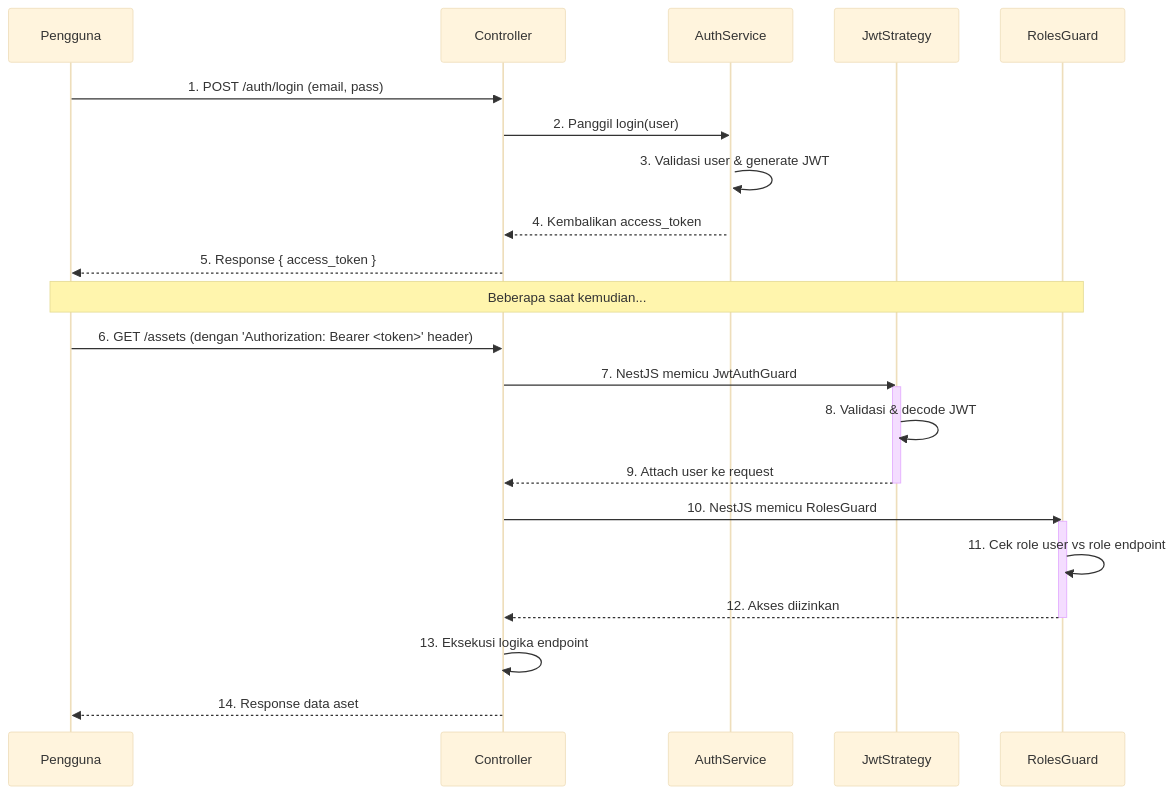
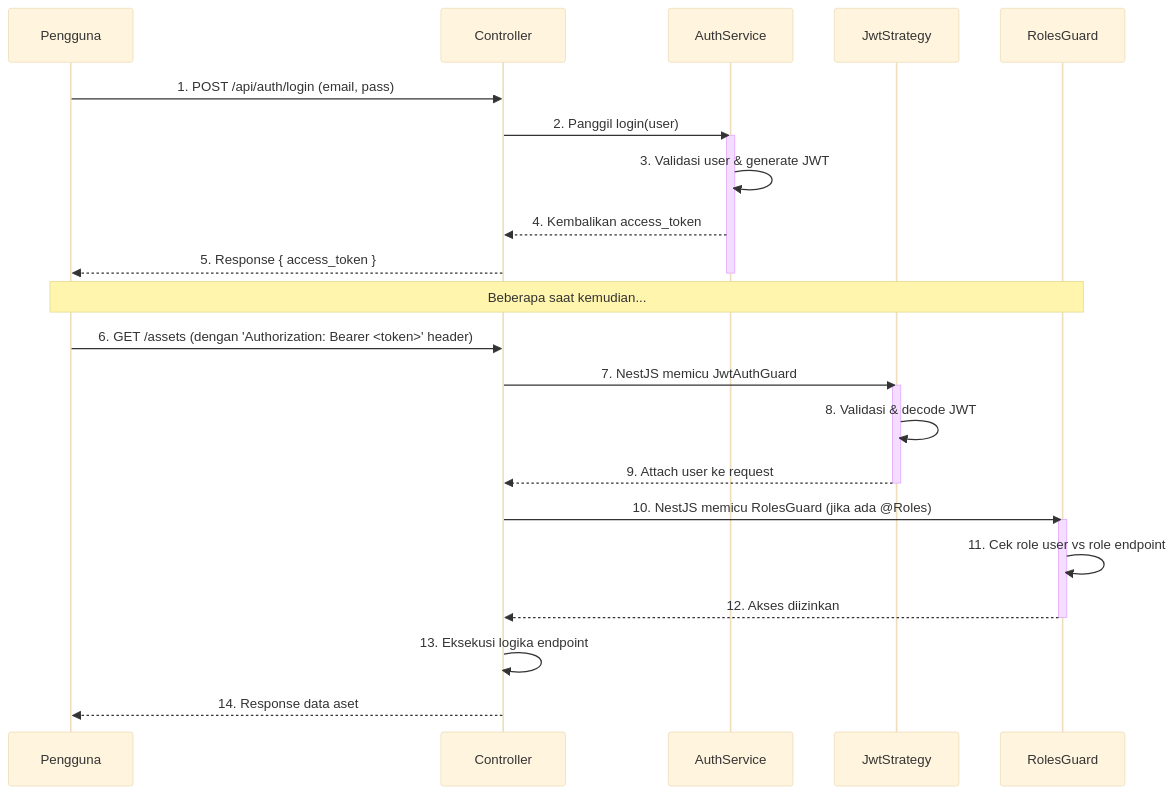
The diagram in Docs/02_DEVELOPMENT_GUIDES/BACKEND_GUIDE.md (Asamaludi26/Inventory), drawn with Mermaid (base theme) before and after one commit. The commit also changed 22 other files, not shown here.

First line of the commit message:
docs: Update architectural diagrams and documentation

````diff
--- a/Docs/02_DEVELOPMENT_GUIDES/BACKEND_GUIDE.md
+++ b/Docs/02_DEVELOPMENT_GUIDES/BACKEND_GUIDE.md
@@ -54,33 +54,34 @@
 ```mermaid
 sequenceDiagram
     participant Pengguna
     participant Controller
     participant AuthService
     participant JwtStrategy
     participant RolesGuard
 
-    Pengguna ->> Controller: 1. POST /auth/login (email, pass)
+    Pengguna ->> Controller: 1. POST /api/auth/login (email, pass)
     Controller ->> AuthService: 2. Panggil login(user)
     activate AuthService
     AuthService ->> AuthService: 3. Validasi user & generate JWT
     AuthService -->> Controller: 4. Kembalikan access_token
     Controller -->> Pengguna: 5. Response { access_token }
+    deactivate AuthService
 
     Note over Pengguna, RolesGuard: Beberapa saat kemudian...
 
     Pengguna ->> Controller: 6. GET /assets (dengan 'Authorization: Bearer <token>' header)
     Controller ->> JwtStrategy: 7. NestJS memicu JwtAuthGuard
     activate JwtStrategy
     JwtStrategy ->> JwtStrategy: 8. Validasi & decode JWT
     JwtStrategy -->> Controller: 9. Attach user ke request
     deactivate JwtStrategy
     
-    Controller ->> RolesGuard: 10. NestJS memicu RolesGuard
+    Controller ->> RolesGuard: 10. NestJS memicu RolesGuard (jika ada @Roles)
     activate RolesGuard
     RolesGuard ->> RolesGuard: 11. Cek role user vs role endpoint
     RolesGuard -->> Controller: 12. Akses diizinkan
     deactivate RolesGuard
 
     Controller ->> Controller: 13. Eksekusi logika endpoint
     Controller -->> Pengguna: 14. Response data aset
 ```
````
